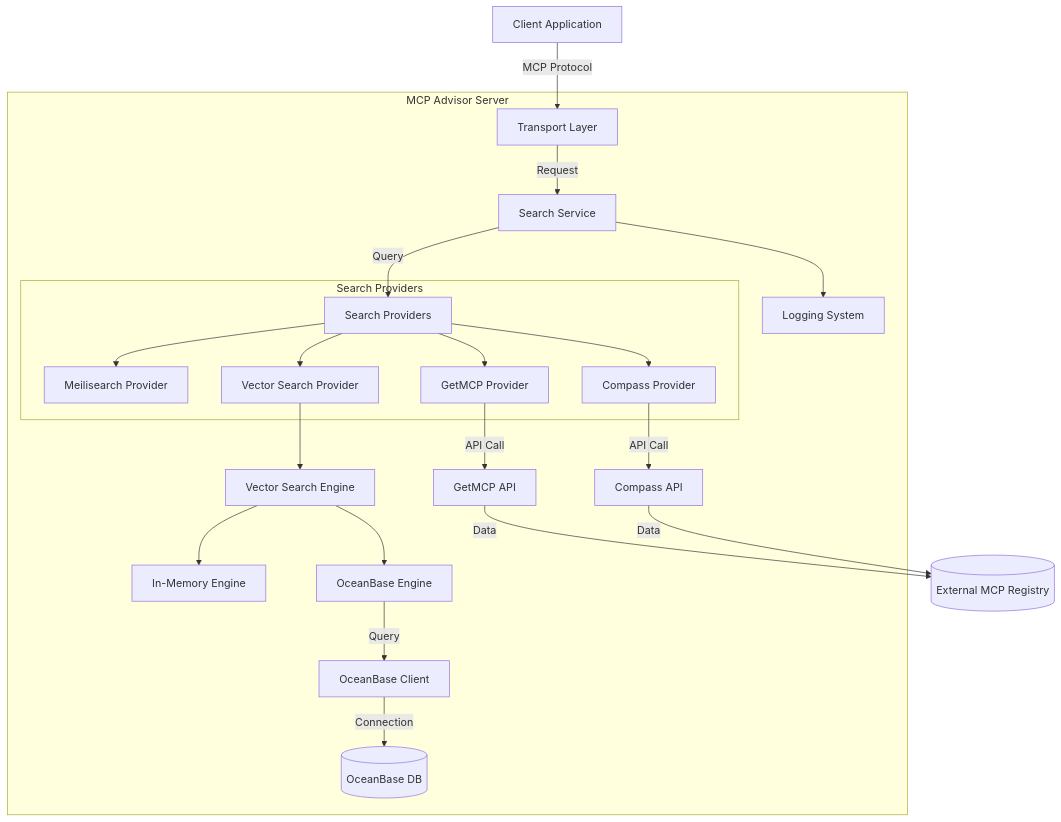
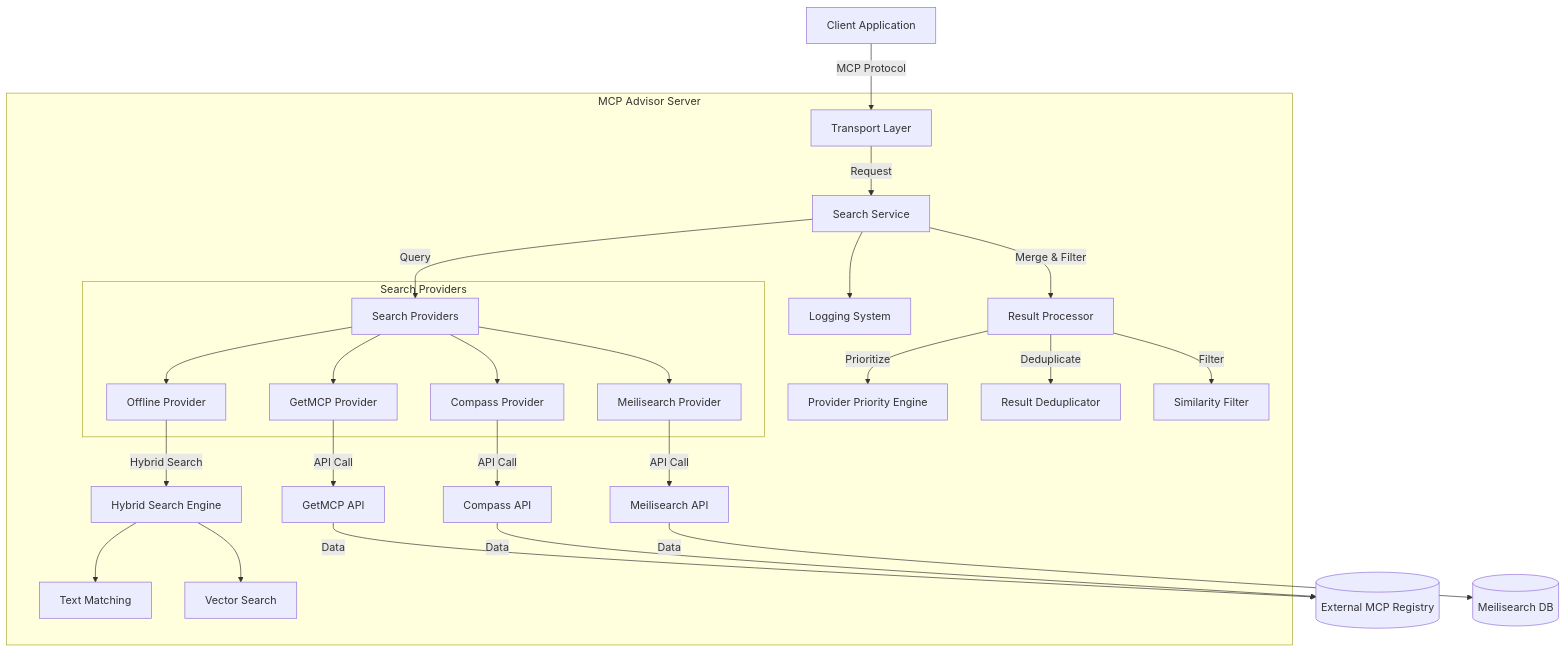
One commit to OI-OS/OI-mcpadvisor changed the first of 5 diagrams in README.md. Above: the diagram before and after it, drawn with Mermaid. The commit also changed other lines of this file and 1 other file, not shown here.

````diff
--- a/README.md
+++ b/README.md
@@ -72,31 +72,35 @@
 ```mermaid
 graph TD
     Client["Client Application"] --> |"MCP Protocol"| Transport["Transport Layer"]
     
     subgraph "MCP Advisor Server"
         Transport --> |"Request"| SearchService["Search Service"]
         SearchService --> |"Query"| Providers["Search Providers"]
         
         subgraph "Search Providers"
             Providers --> MeilisearchProvider["Meilisearch Provider"]
             Providers --> GetMcpProvider["GetMCP Provider"]
             Providers --> CompassProvider["Compass Provider"]
-            Providers --> VectorProvider["Vector Search Provider"]
+            Providers --> OfflineProvider["Offline Provider"]
         end
         
-        VectorProvider --> VectorEngine["Vector Search Engine"]
-        VectorEngine --> InMemoryEngine["In-Memory Engine"]
-        VectorEngine --> OceanBaseEngine["OceanBase Engine"]
+        OfflineProvider --> |"Hybrid Search"| HybridSearch["Hybrid Search Engine"]
+        HybridSearch --> TextMatching["Text Matching"]
+        HybridSearch --> VectorSearch["Vector Search"]
         
-        OceanBaseEngine --> |"Query"| OceanBaseClient["OceanBase Client"]
-        OceanBaseClient --> |"Connection"| Database[("OceanBase DB")]
-        
+        MeilisearchProvider --> |"API Call"| MeilisearchAPI["Meilisearch API"]
         GetMcpProvider --> |"API Call"| GetMcpAPI["GetMCP API"]
         CompassProvider --> |"API Call"| CompassAPI["Compass API"]
+        
+        SearchService --> |"Merge & Filter"| ResultProcessor["Result Processor"]
+        ResultProcessor --> |"Prioritize"| PriorityEngine["Provider Priority Engine"]
+        ResultProcessor --> |"Deduplicate"| Deduplicator["Result Deduplicator"]
+        ResultProcessor --> |"Filter"| SimilarityFilter["Similarity Filter"]
         
         SearchService --> Logger["Logging System"]
     end
     
     GetMcpAPI --> |"Data"| ExternalMCPRegistry[("External MCP Registry")]
     CompassAPI --> |"Data"| ExternalMCPRegistry
+    MeilisearchAPI --> |"Data"| MeilisearchDB[("Meilisearch DB")]
 ```
````
